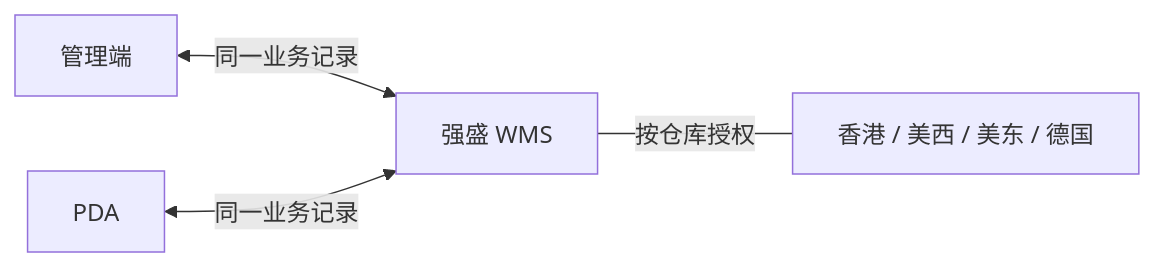
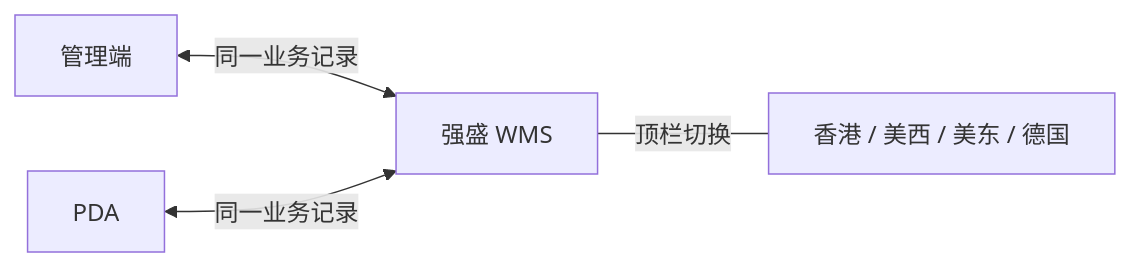
The second of 2 diagrams in 03-需求调研和分析/07-公共能力/公共能力需求调研.md (TopVitamin/QS-WMS-Project), drawn with Mermaid before and after one commit. The commit also changed other lines of this file and 207 other files, not shown here.

````diff
--- a/03-需求调研和分析/07-公共能力/公共能力需求调研.md
+++ b/03-需求调研和分析/07-公共能力/公共能力需求调研.md
@@ -65,6 +65,6 @@
 ```mermaid
 flowchart LR
     A[管理端] <-->|同一业务记录| W[强盛 WMS]
     D[PDA] <-->|同一业务记录| W
-    W ---|按仓库授权| H[香港 / 美西 / 美东 / 德国]
+    W ---|顶栏切换| H[香港 / 美西 / 美东 / 德国]
 ```
````
